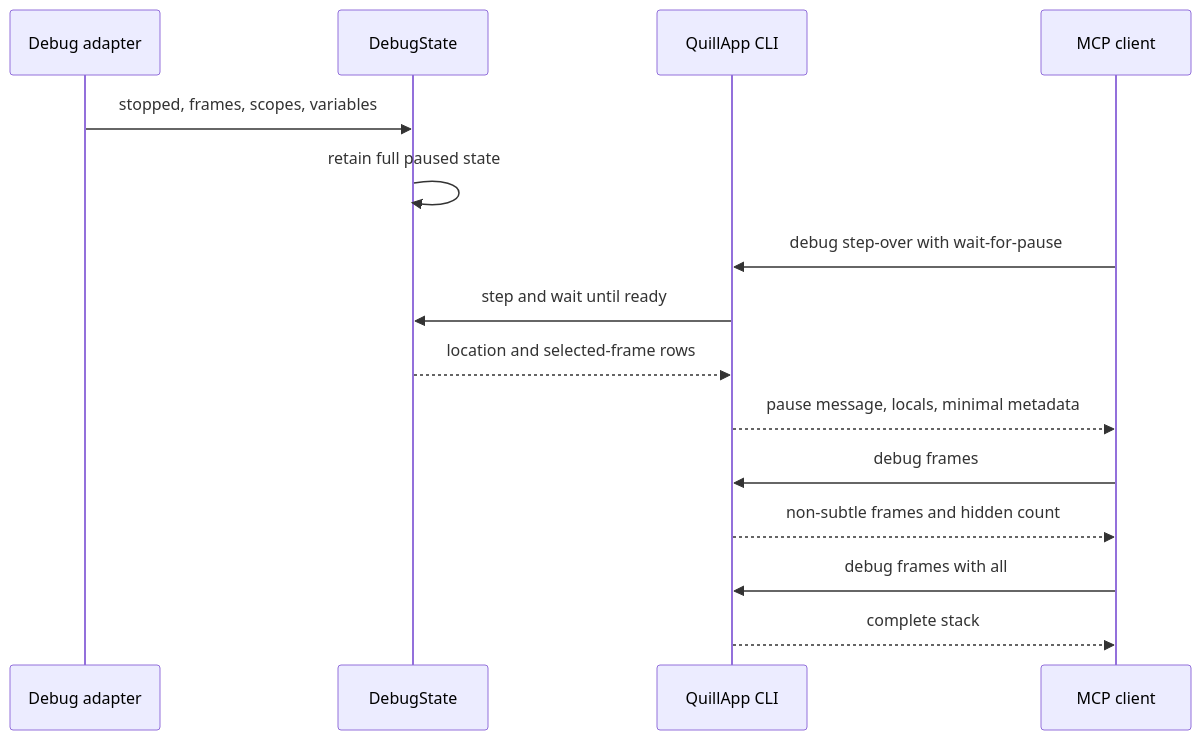
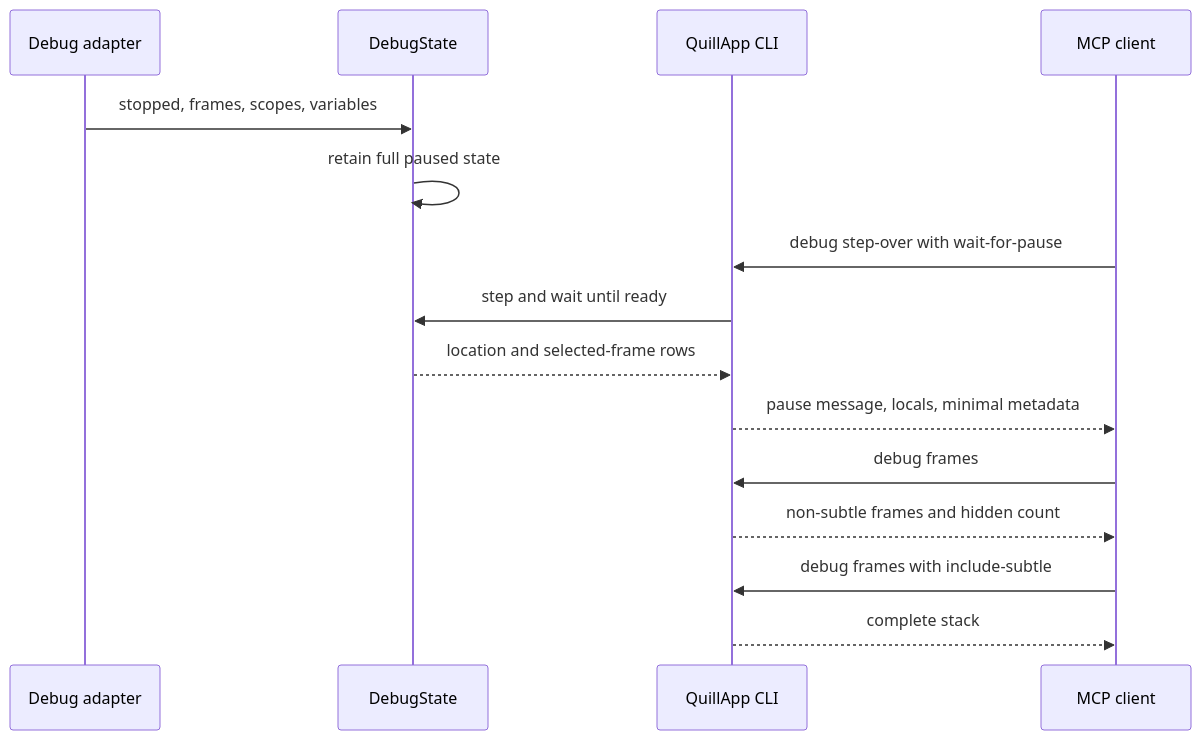
The second of 2 diagrams in tasks/task-1700-debug-replies-tdd.md (Black-Rainbow-Labs/Unluminous), drawn with Mermaid before and after one commit. The commit also changed other lines of this file and 1 other file, not shown here.

First line of the commit message:
task-1700: cover compact debug command replies

````diff
--- a/tasks/task-1700-debug-replies-tdd.md
+++ b/tasks/task-1700-debug-replies-tdd.md
@@ -79,17 +79,17 @@
 ```mermaid
 sequenceDiagram
     participant Adapter as Debug adapter
     participant State as DebugState
     participant CLI as QuillApp CLI
     participant Agent as MCP client
     Adapter->>State: stopped, frames, scopes, variables
     State->>State: retain full paused state
     Agent->>CLI: debug step-over with wait-for-pause
     CLI->>State: step and wait until ready
     State-->>CLI: location and selected-frame rows
     CLI-->>Agent: pause message, locals, minimal metadata
     Agent->>CLI: debug frames
     CLI-->>Agent: non-subtle frames and hidden count
-    Agent->>CLI: debug frames with all
+    Agent->>CLI: debug frames with include-subtle
     CLI-->>Agent: complete stack
 ```
````
